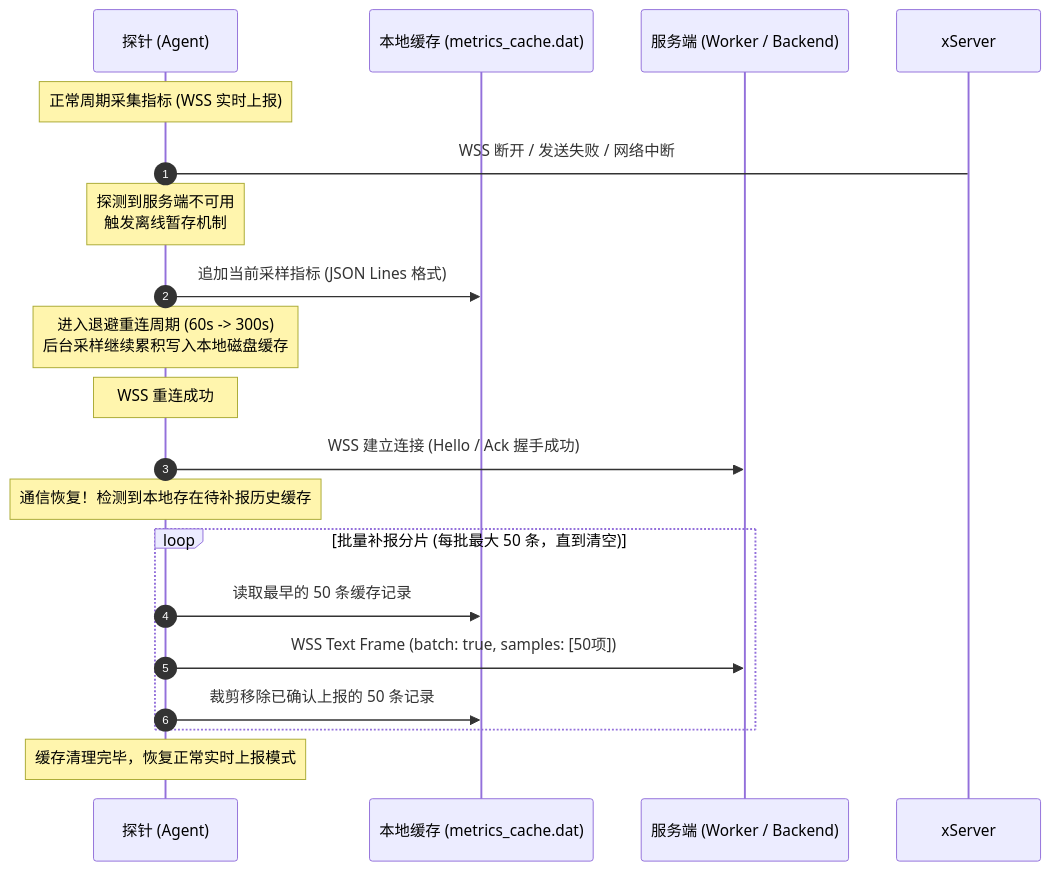
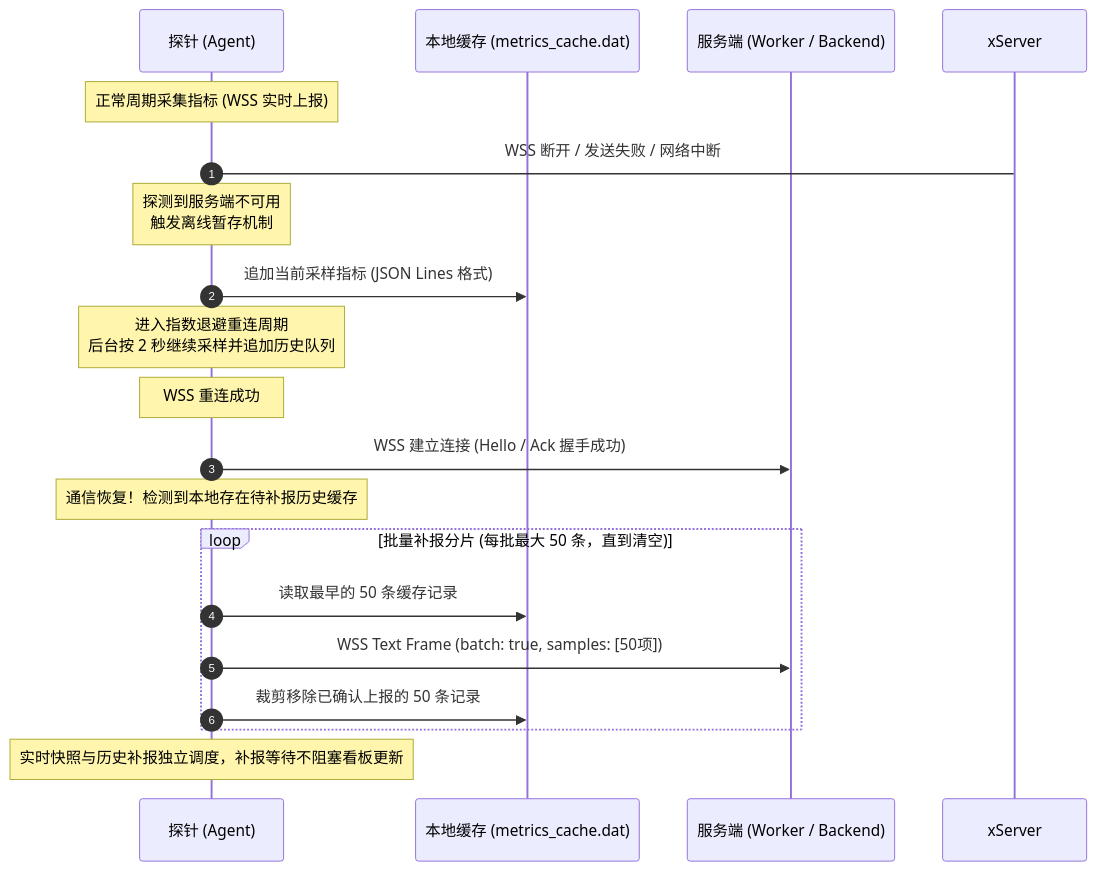
The second of 2 diagrams in docs/PROTOCOL.md (veegn/serverless-monitor-agent), drawn with Mermaid before and after one commit. The commit also changed other lines of this file and 27 other files, not shown here.

````diff
--- a/docs/PROTOCOL.md
+++ b/docs/PROTOCOL.md
@@ -247,23 +247,23 @@
 ```mermaid
 sequenceDiagram
     autonumber
     participant Agent as 探针 (Agent)
     participant LocalDisk as 本地缓存 (metrics_cache.dat)
     participant Server as 服务端 (Worker / Backend)
 
     Note over Agent: 正常周期采集指标 (WSS 实时上报)
     Agent->xServer: WSS 断开 / 发送失败 / 网络中断
     Note over Agent: 探测到服务端不可用<br/>触发离线暂存机制
     Agent->>LocalDisk: 追加当前采样指标 (JSON Lines 格式)
-    Note over Agent: 进入退避重连周期 (60s -> 300s)<br/>后台采样继续累积写入本地磁盘缓存
+    Note over Agent: 进入指数退避重连周期<br/>后台按 2 秒继续采样并追加历史队列
 
     Note over Agent: WSS 重连成功
     Agent->>Server: WSS 建立连接 (Hello / Ack 握手成功)
     Note over Agent: 通信恢复！检测到本地存在待补报历史缓存
     loop 批量补报分片 (每批最大 50 条，直到清空)
         Agent->>LocalDisk: 读取最早的 50 条缓存记录
         Agent->>Server: WSS Text Frame (batch: true, samples: [50项])
         Agent->>LocalDisk: 裁剪移除已确认上报的 50 条记录
     end
-    Note over Agent: 缓存清理完毕，恢复正常实时上报模式
+    Note over Agent: 实时快照与历史补报独立调度，补报等待不阻塞看板更新
 ```
````
